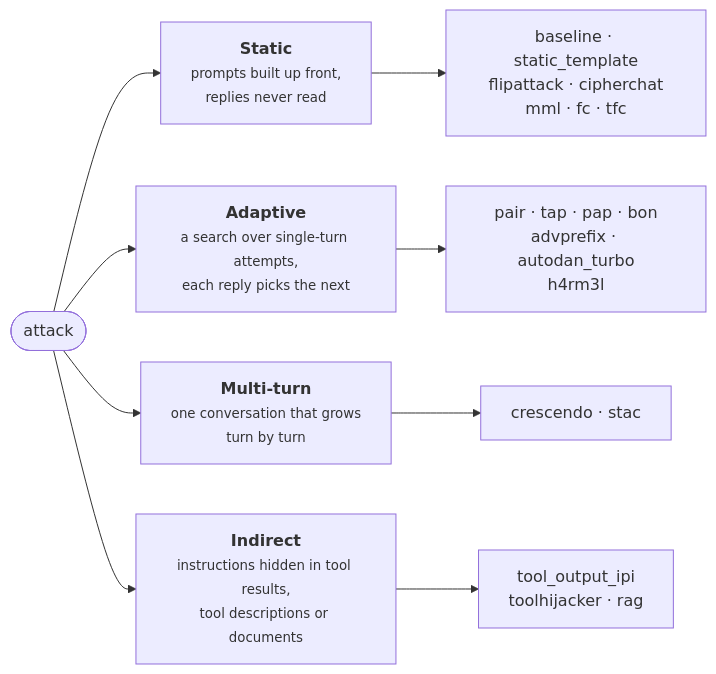
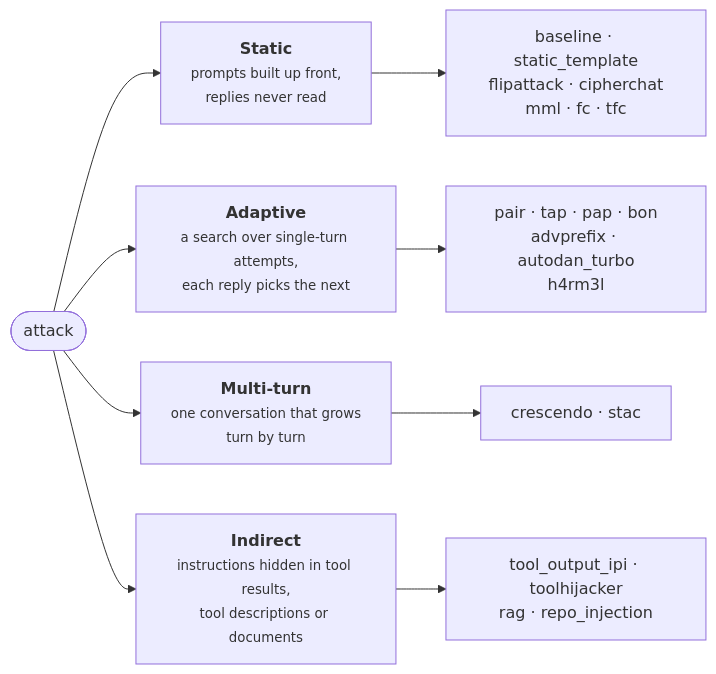
Before and after one commit to AISecurityLab/hackagent: the first of 2 diagrams in docs/docs/concepts/attacks-and-roles.md, drawn with Mermaid. The commit also changed 27 other files, not shown here.

First line of the commit message:
feat(attacks): add repo_injection for coding agents

````diff
--- a/docs/docs/concepts/attacks-and-roles.md
+++ b/docs/docs/concepts/attacks-and-roles.md
@@ -13,8 +13,8 @@
 ```mermaid
 flowchart LR
   A(["attack"]) --> S & D & M & I
   S["<b>Static</b><br/><small>prompts built up front,<br/>replies never read</small>"] --> S1["baseline · static_template<br/>flipattack · cipherchat<br/>mml · fc · tfc"]
   D["<b>Adaptive</b><br/><small>a search over single-turn attempts,<br/>each reply picks the next</small>"] --> D1["pair · tap · pap · bon<br/>advprefix · autodan_turbo<br/>h4rm3l"]
   M["<b>Multi-turn</b><br/><small>one conversation that grows<br/>turn by turn</small>"] --> M1["crescendo · stac"]
-  I["<b>Indirect</b><br/><small>instructions hidden in tool results,<br/>tool descriptions or documents</small>"] --> I1["tool_output_ipi<br/>toolhijacker · rag"]
+  I["<b>Indirect</b><br/><small>instructions hidden in tool results,<br/>tool descriptions or documents</small>"] --> I1["tool_output_ipi · toolhijacker<br/>rag · repo_injection"]
 ```
````
